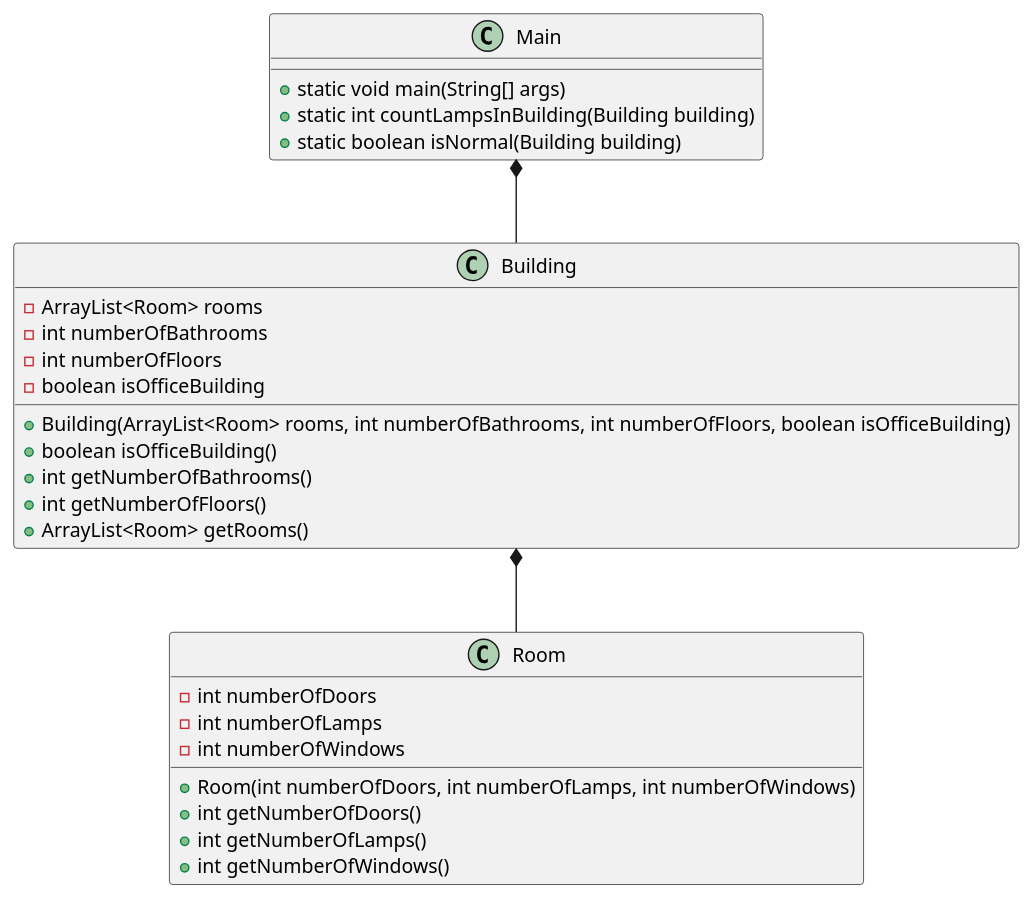
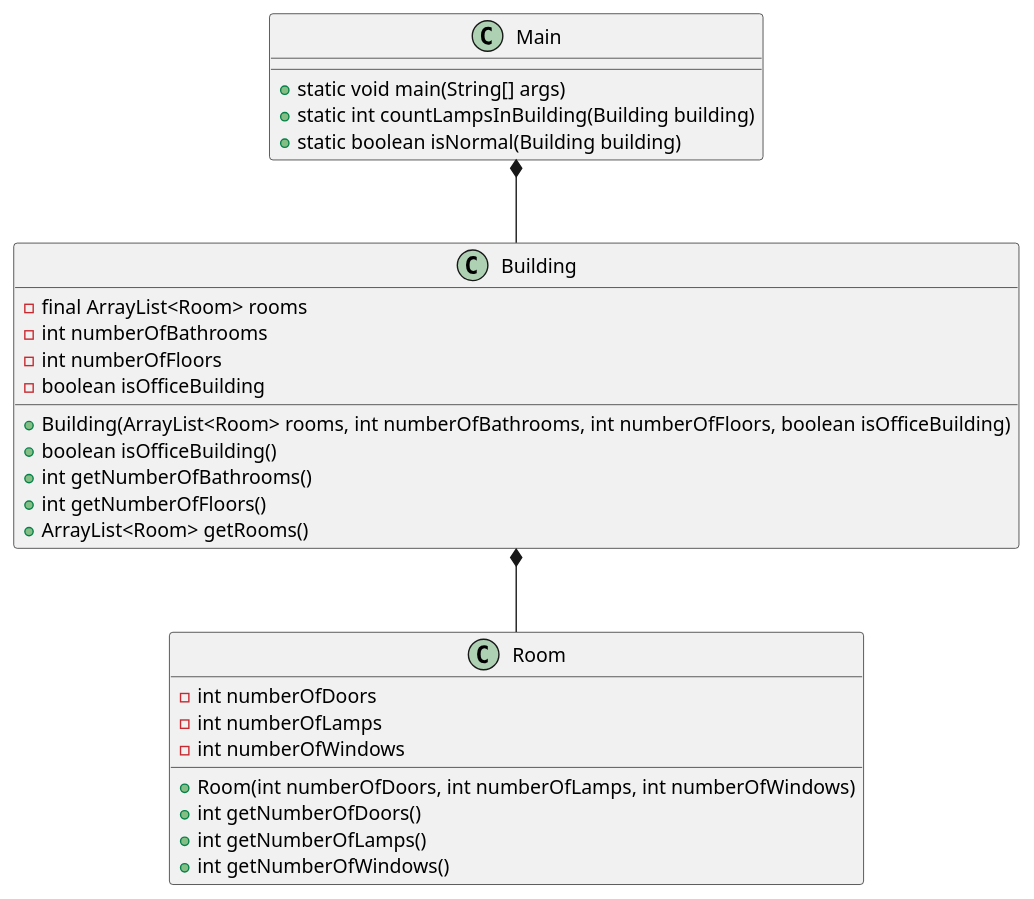
The diagram in OOP1/Documentation/BuildingsAndRooms.puml (Peter537/Dat1-ugeopgave5), drawn with PlantUML before and after one commit. The commit also changed 1 other file, not shown here.

Commit message:
final keyword

```diff
--- a/OOP1/Documentation/BuildingsAndRooms.puml
+++ b/OOP1/Documentation/BuildingsAndRooms.puml
@@ -1,36 +1,36 @@
 @startuml
 
 class Main {
     + static void main(String[] args)
     + static int countLampsInBuilding(Building building)
     + static boolean isNormal(Building building)
 }
 
 class Building {
-    - ArrayList<Room> rooms
+    - final ArrayList<Room> rooms
     - int numberOfBathrooms
     - int numberOfFloors
     - boolean isOfficeBuilding
 
     + Building(ArrayList<Room> rooms, int numberOfBathrooms, int numberOfFloors, boolean isOfficeBuilding)
     + boolean isOfficeBuilding()
     + int getNumberOfBathrooms()
     + int getNumberOfFloors()
     + ArrayList<Room> getRooms()
 }
 
 class Room {
     - int numberOfDoors
     - int numberOfLamps
     - int numberOfWindows
 
     + Room(int numberOfDoors, int numberOfLamps, int numberOfWindows)
     + int getNumberOfDoors()
     + int getNumberOfLamps()
     + int getNumberOfWindows()
 }
 
 Main *-- Building
 Building *-- Room
 
 @enduml
```
